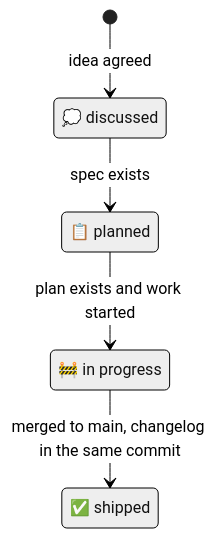
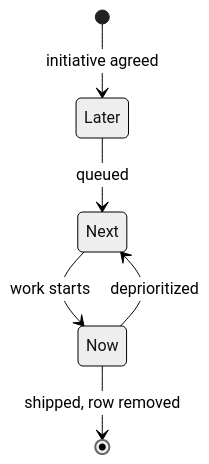
One commit to lagtac/my-fab-agent-setup changed the second of 3 diagrams in docs/workflow-skills.md. Above: the diagram before and after it, drawn with Mermaid (neutral theme). The commit also changed other lines of this file and 1 other file, not shown here.

````diff
--- a/docs/workflow-skills.md
+++ b/docs/workflow-skills.md
@@ -47,11 +57,11 @@
 ```mermaid
 stateDiagram-v2
-    state "💭 discussed" as D
-    state "📋 planned" as P
-    state "🚧 in progress" as W
-    state "✅ shipped" as S
-    [*] --> D: idea agreed
-    D --> P: spec exists
-    P --> W: plan exists and work started
-    W --> S: merged to main, changelog in the same commit
+    state "Later" as L
+    state "Next" as N
+    state "Now" as W
+    [*] --> L: initiative agreed
+    L --> N: queued
+    N --> W: work starts
+    W --> N: deprioritized
+    W --> [*]: shipped, row removed
 ```
````
